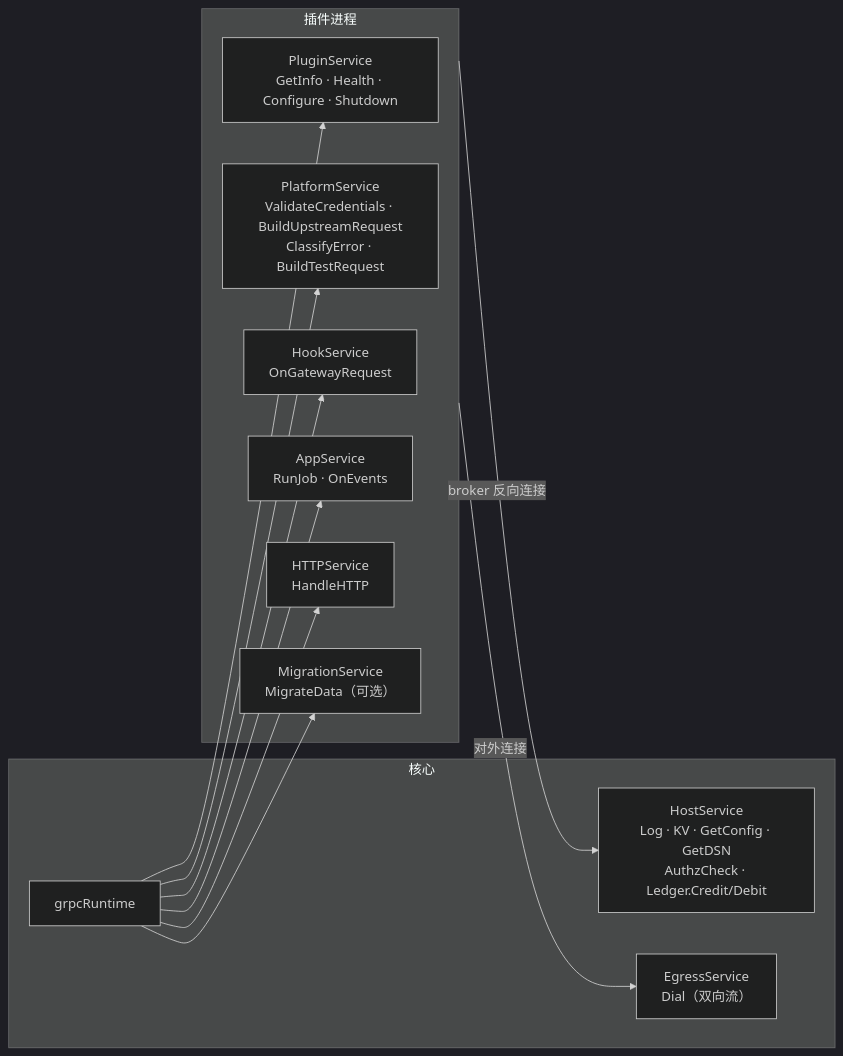
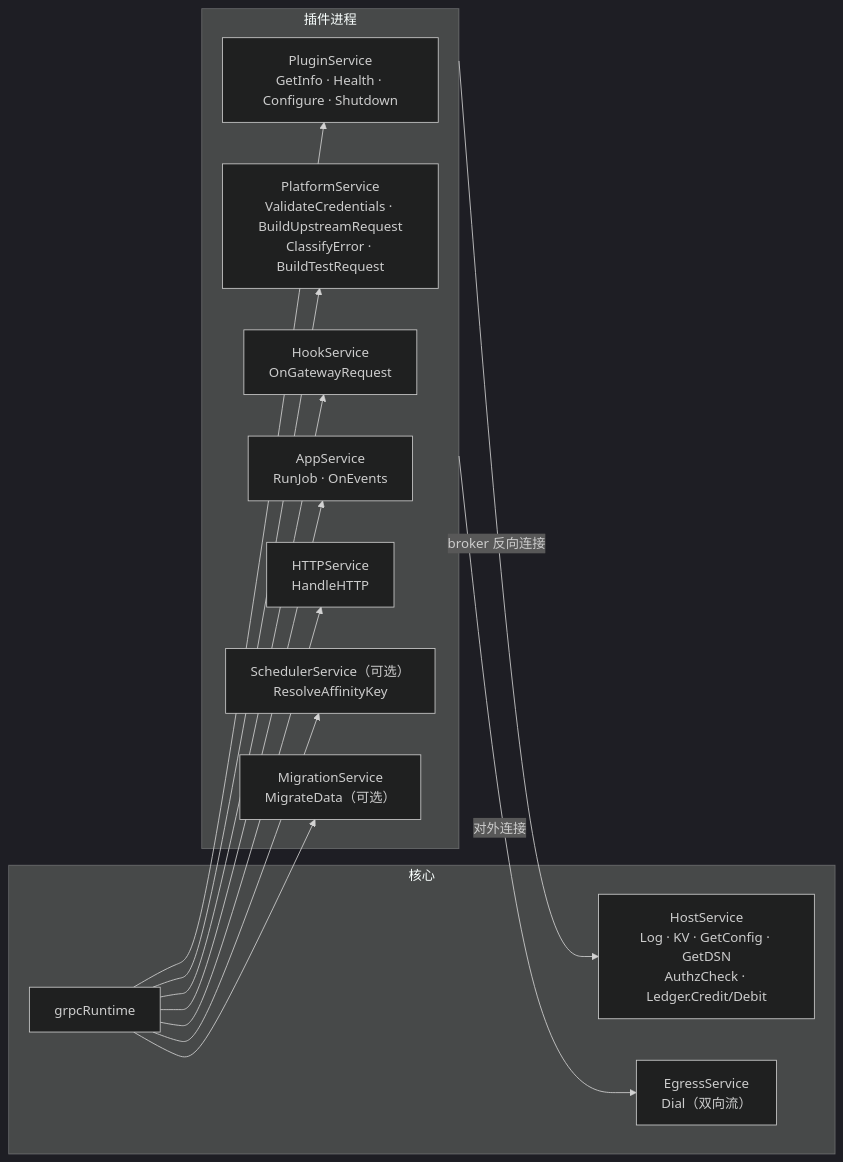
Before and after one commit to Sub2API-Devs/sup2api: the fifth of 17 diagrams in next/docs/ARCHITECTURE.md, drawn with Mermaid (dark theme). The commit also changed other lines of this file and 49 other files, not shown here.

Commit message:
feat(next): phase 0 contracts - proto, manifest types, core schema, core interfaces, infra skeleton

````diff
--- a/next/docs/ARCHITECTURE.md
+++ b/next/docs/ARCHITECTURE.md
@@ -485,19 +486,20 @@
 ```mermaid
 flowchart LR
   subgraph host["核心"]
     rt["grpcRuntime"]
     hs["HostService<br/>Log · KV · GetConfig · GetDSN<br/>AuthzCheck · Ledger.Credit/Debit"]
     eg["EgressService<br/>Dial（双向流）"]
   end
   subgraph plugin["插件进程"]
     ps["PluginService<br/>GetInfo · Health · Configure · Shutdown"]
     pf["PlatformService<br/>ValidateCredentials · BuildUpstreamRequest<br/>ClassifyError · BuildTestRequest"]
     hk["HookService<br/>OnGatewayRequest"]
     ap["AppService<br/>RunJob · OnEvents"]
     hx["HTTPService<br/>HandleHTTP"]
+    sc["SchedulerService（可选）<br/>ResolveAffinityKey"]
     ms["MigrationService<br/>MigrateData（可选）"]
   end
-  rt --> ps & pf & hk & ap & hx & ms
+  rt --> ps & pf & hk & ap & hx & sc & ms
   plugin -->|"broker 反向连接"| hs
   plugin -->|"对外连接"| eg
 ```
````
